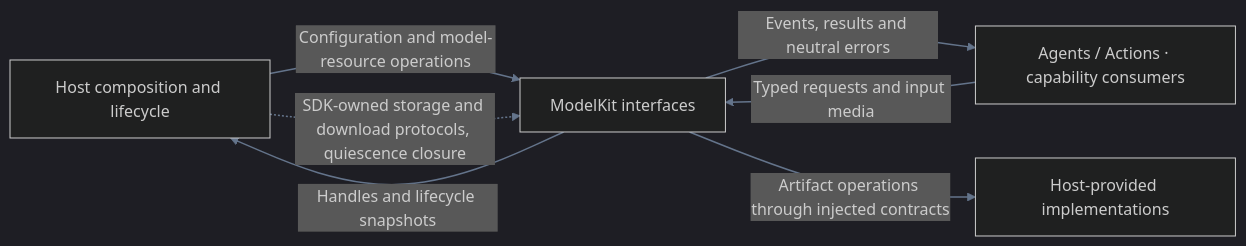
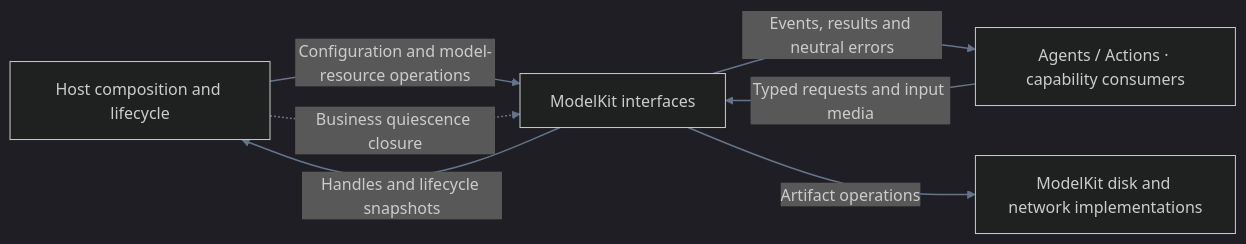
Before and after one commit to devilyouwei/MobileHarness: the first of 3 diagrams in MobileHarness/ModelKit/README.md, drawn with Mermaid (dark theme). The commit also changed other lines of this file and 74 other files, not shown here.

Commit message:
Consolidate model artifact management in ModelKit and remove D3 Lite

````diff
--- a/MobileHarness/ModelKit/README.md
+++ b/MobileHarness/ModelKit/README.md
@@ -13,10 +13,10 @@
 ```mermaid
 flowchart LR
  Host[Host composition and lifecycle] -->|Configuration and model-resource operations| SDK[ModelKit interfaces]
  Caller["Agents / Actions · capability consumers"] -->|Typed requests and input media| SDK
  SDK -->|Events, results and neutral errors| Caller
  SDK -->|Handles and lifecycle snapshots| Host
- Host -.->|SDK-owned storage and download protocols, quiescence closure| SDK
- SDK -->|Artifact operations through injected contracts| Adapters[Host-provided implementations]
+ Host -.->|Business quiescence closure| SDK
+ SDK -->|Artifact operations| Adapters[ModelKit disk and network implementations]
     linkStyle default stroke:#64748b,stroke-width:1.5px
 ```
````
